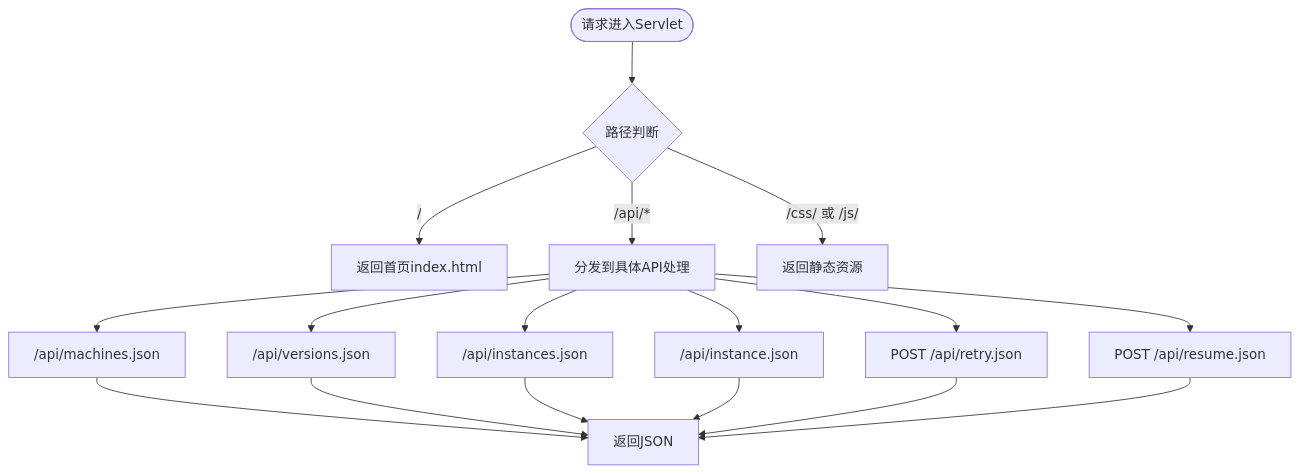
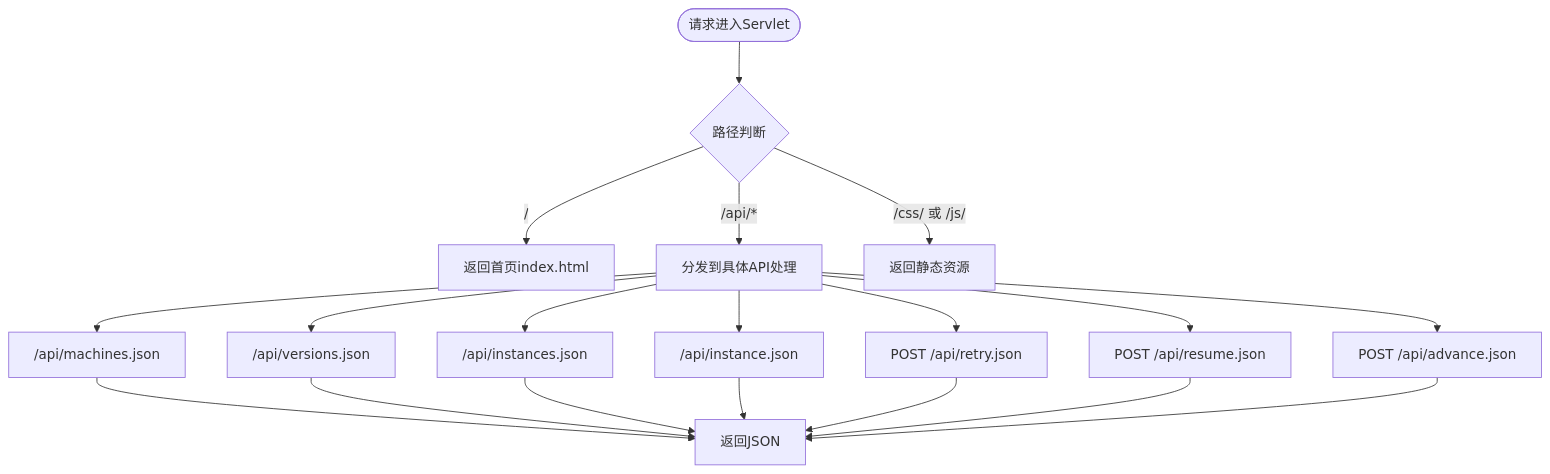
Before and after one commit to xiaoche80s-tech/state-machine-parent: the third of 7 diagrams in .qoder/repowiki/zh/content/管理控制台/管理控制台.md, drawn with Mermaid. The commit also changed other lines of this file and 7 other files, not shown here.

````diff
--- a/.qoder/repowiki/zh/content/管理控制台/管理控制台.md
+++ b/.qoder/repowiki/zh/content/管理控制台/管理控制台.md
@@ -180,19 +201,21 @@
 ```mermaid
 flowchart TD
 Start(["请求进入Servlet"]) --> Path{"路径判断"}
 Path --> |"/"| Home["返回首页index.html"]
 Path --> |"/api/*" | Api["分发到具体API处理"]
 Path --> |"/css/ 或 /js/"| Static["返回静态资源"]
 Api --> ListMachines["/api/machines.json"]
 Api --> Versions["/api/versions.json"]
 Api --> Instances["/api/instances.json"]
 Api --> InstanceDetail["/api/instance.json"]
 Api --> PostRetry["POST /api/retry.json"]
 Api --> PostResume["POST /api/resume.json"]
+Api --> PostAdvance["POST /api/advance.json"]
 ListMachines --> Resp["返回JSON"]
 Versions --> Resp
 Instances --> Resp
 InstanceDetail --> Resp
 PostRetry --> Resp
 PostResume --> Resp
+PostAdvance --> Resp
 ```
````
